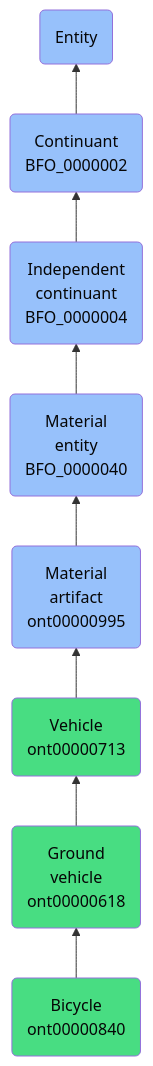
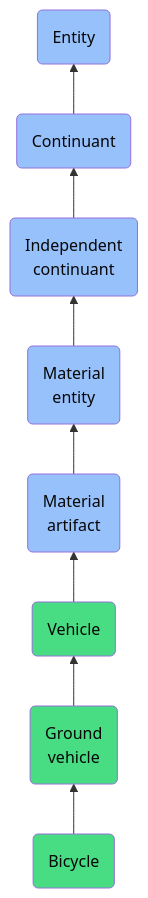
One commit to jupyter-naas/abi changed the diagram in docs/ontology/reference/model/Entity/Continuant/Independent continuant/Material entity/Material artifact/Vehicle/Ground vehicle/Bicycle/Bicycle.md. Above: the diagram before and after it, drawn with Mermaid. The commit also changed other lines of this file and 1430 other files, not shown here.

````diff
--- a/docs/ontology/reference/model/Entity/Continuant/Independent continuant/Material entity/Material artifact/Vehicle/Ground vehicle/Bicycle/Bicycle.md
+++ b/docs/ontology/reference/model/Entity/Continuant/Independent continuant/Material entity/Material artifact/Vehicle/Ground vehicle/Bicycle/Bicycle.md
@@ -24,15 +24,15 @@
 ```mermaid
 graph BT
-    ont00000840(Bicycle<br>ont00000840):::ABI-->ont00000618
-    ont00000618(Ground<br>vehicle<br>ont00000618):::ABI-->ont00000713
-    ont00000713(Vehicle<br>ont00000713):::ABI-->ont00000995
-    ont00000995(Material<br>artifact<br>ont00000995):::BFO-->BFO_0000040
-    BFO_0000040(Material<br>entity<br>BFO_0000040):::BFO-->BFO_0000004
-    BFO_0000004(Independent<br>continuant<br>BFO_0000004):::BFO-->BFO_0000002
-    BFO_0000002(Continuant<br>BFO_0000002):::BFO-->BFO_0000001
+    ont00000840(Bicycle):::ABI-->ont00000618
+    ont00000618(Ground<br>vehicle):::ABI-->ont00000713
+    ont00000713(Vehicle):::ABI-->ont00000995
+    ont00000995(Material<br>artifact):::BFO-->BFO_0000040
+    BFO_0000040(Material<br>entity):::BFO-->BFO_0000004
+    BFO_0000004(Independent<br>continuant):::BFO-->BFO_0000002
+    BFO_0000002(Continuant):::BFO-->BFO_0000001
     BFO_0000001(Entity):::BFO
     
     classDef BFO fill:#97c1fb,color:#060606
     classDef CCO fill:#e4c51e,color:#060606
     classDef ABI fill:#48DD82,color:#060606
 ```
````
